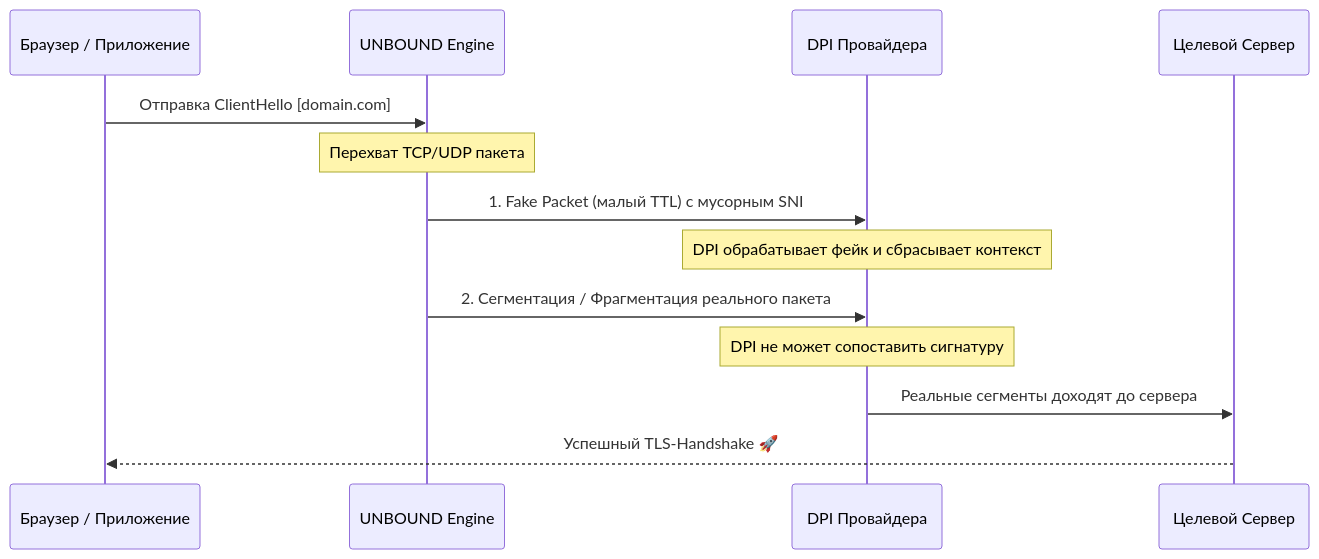
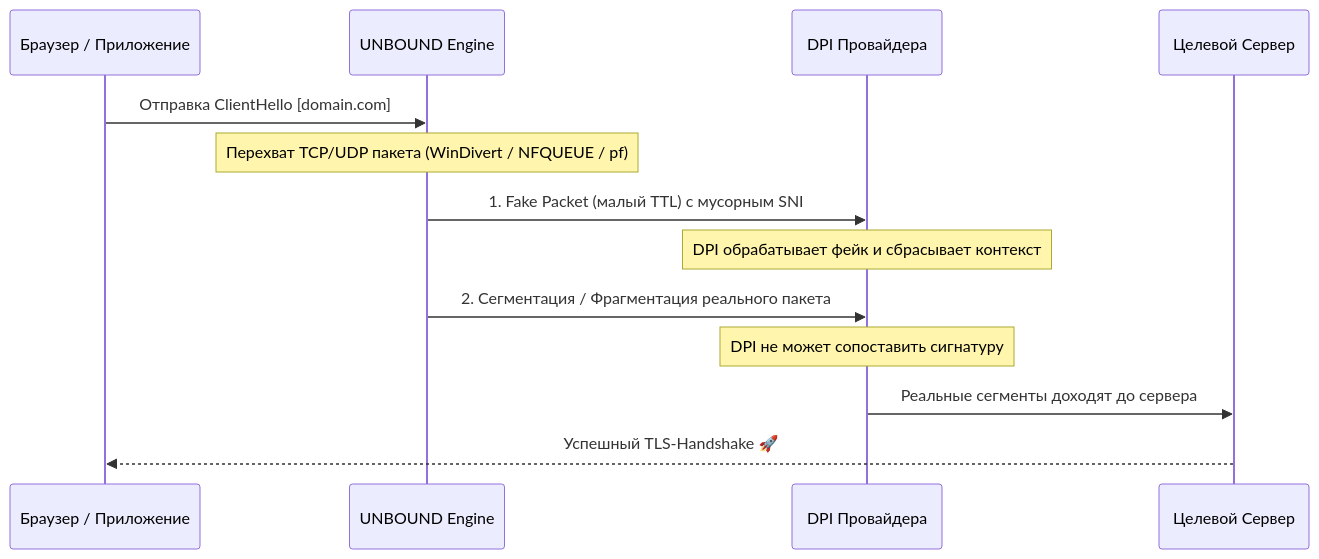
Before and after one commit to bobberdolle1/unbound: the diagram in README.md, drawn with Mermaid. The commit also changed other lines of this file and 350 other files, not shown here.

````diff
--- a/README.md
+++ b/README.md
@@ -56,16 +50,16 @@
 ```mermaid
 sequenceDiagram
     participant B as Браузер / Приложение
     participant U as UNBOUND Engine
     participant D as DPI Провайдера
     participant S as Целевой Сервер
 
     B->>U: Отправка ClientHello [domain.com]
-    Note over U: Перехват TCP/UDP пакета
+    Note over U: Перехват TCP/UDP пакета (WinDivert / NFQUEUE / pf)
     U->>D: 1. Fake Packet (малый TTL) с мусорным SNI
     Note over D: DPI обрабатывает фейк и сбрасывает контекст
     U->>D: 2. Сегментация / Фрагментация реального пакета
     Note over D: DPI не может сопоставить сигнатуру
     D->>S: Реальные сегменты доходят до сервера
     S-->>B: Успешный TLS-Handshake 🚀
 ```
````
